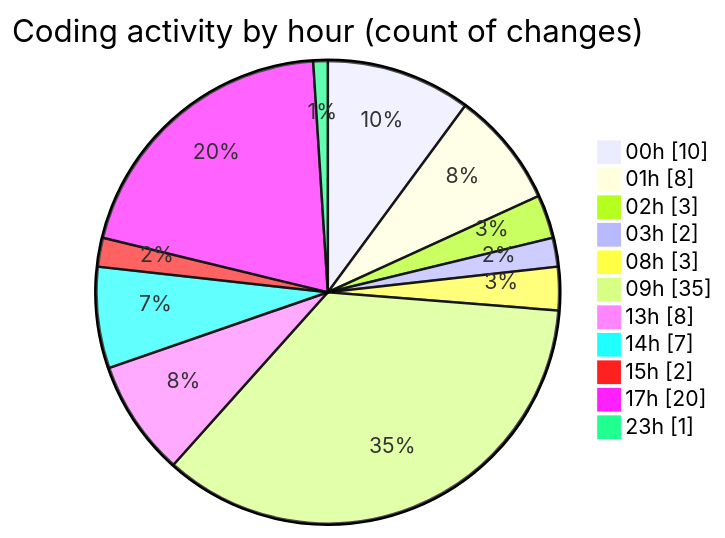
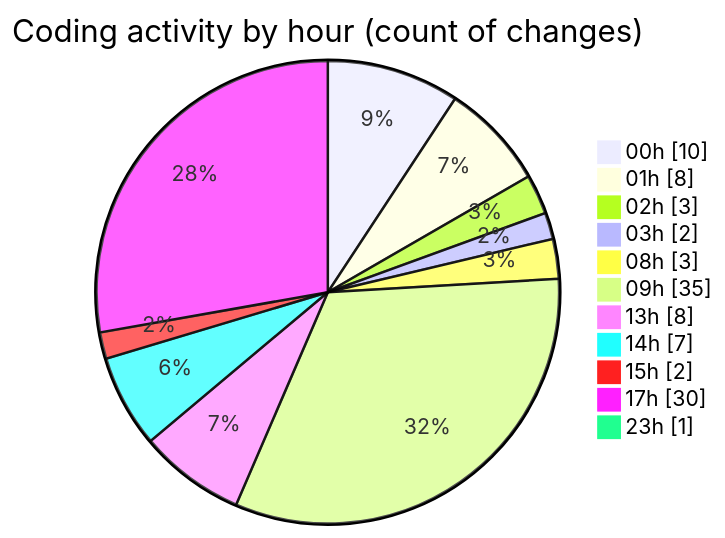
The second of 2 diagrams in 2026-02-09/singularitybrainai/README.md (tmsrecording-cyber/code-tracking), drawn with Mermaid before and after one commit. The commit also changed other lines of this file and 1 other file, not shown here.

````diff
--- a/2026-02-09/singularitybrainai/README.md
+++ b/2026-02-09/singularitybrainai/README.md
@@ -42,15 +43,15 @@
 ```mermaid
 pie showData
 title Coding activity by hour (count of changes)
 "00h" : 10
 "01h" : 8
 "02h" : 3
 "03h" : 2
 "08h" : 3
 "09h" : 35
 "13h" : 8
 "14h" : 7
 "15h" : 2
-"17h" : 20
+"17h" : 30
 "23h" : 1
 ```
````
